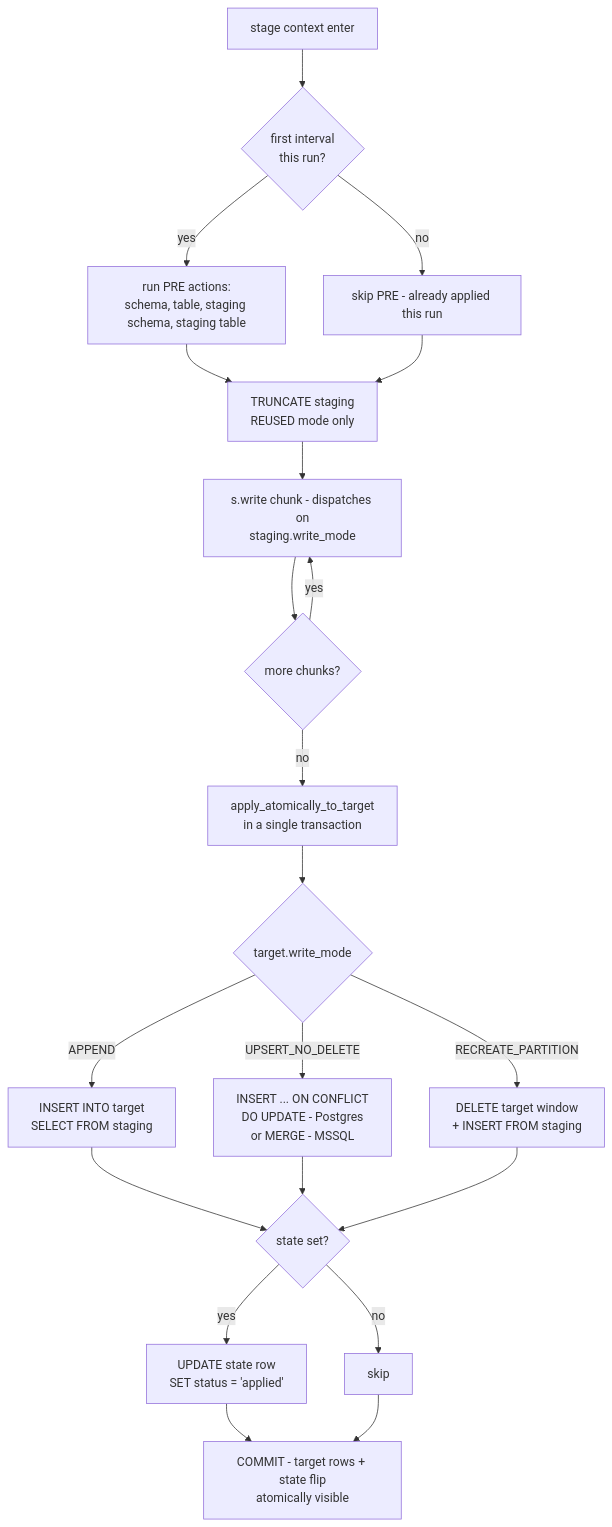
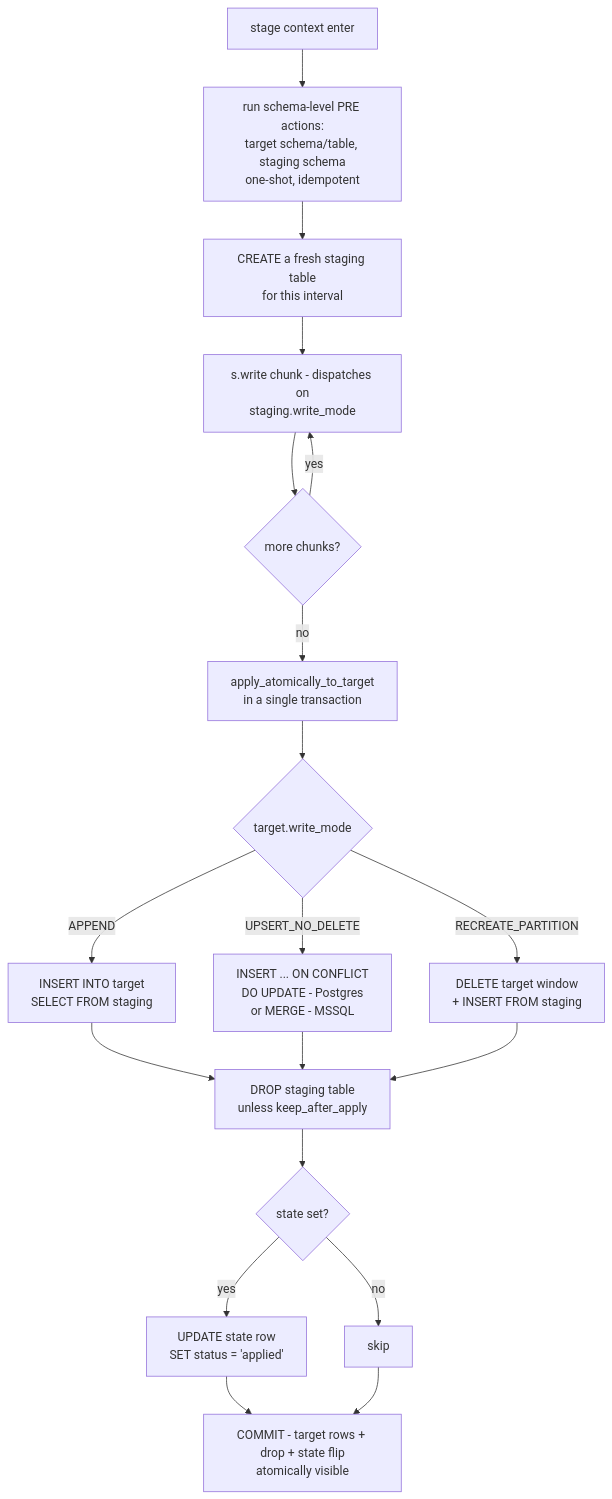
One commit to ebremstedt/bollhav changed the first of 2 diagrams in docs/content/STAGING.md. Above: the diagram before and after it, drawn with Mermaid. The commit also changed other lines of this file and 12 other files, not shown here.

````diff
--- a/docs/content/STAGING.md
+++ b/docs/content/STAGING.md
@@ -23,23 +23,21 @@
 ```mermaid
 flowchart TD
-    A[stage context enter] --> B{first interval<br>this run?}
-    B -- yes --> C[run PRE actions:<br>schema, table, staging schema, staging table]
-    B -- no --> D[skip PRE - already applied this run]
-    C --> E[TRUNCATE staging<br>REUSED mode only]
-    D --> E
-    E --> F[s.write chunk - dispatches on<br>staging.write_mode]
+    A[stage context enter] --> B[run schema-level PRE actions:<br>target schema/table, staging schema<br>one-shot, idempotent]
+    B --> C[CREATE a fresh staging table<br>for this interval]
+    C --> F[s.write chunk - dispatches on<br>staging.write_mode]
     F --> G{more chunks?}
     G -- yes --> F
     G -- no --> H[apply_atomically_to_target<br>in a single transaction]
     H --> I{target.write_mode}
     I -- APPEND --> J[INSERT INTO target<br>SELECT FROM staging]
     I -- UPSERT_NO_DELETE --> K[INSERT ... ON CONFLICT<br>DO UPDATE - Postgres<br>or MERGE - MSSQL]
     I -- RECREATE_PARTITION --> L[DELETE target window<br>+ INSERT FROM staging]
-    J --> M{state set?}
-    K --> M
-    L --> M
+    J --> D[DROP staging table<br>unless keep_after_apply]
+    K --> D
+    L --> D
+    D --> M{state set?}
     M -- yes --> N[UPDATE state row<br>SET status = 'applied']
     M -- no --> O[skip]
-    N --> P[COMMIT - target rows + state flip<br>atomically visible]
+    N --> P[COMMIT - target rows + drop + state flip<br>atomically visible]
     O --> P
 ```
````
